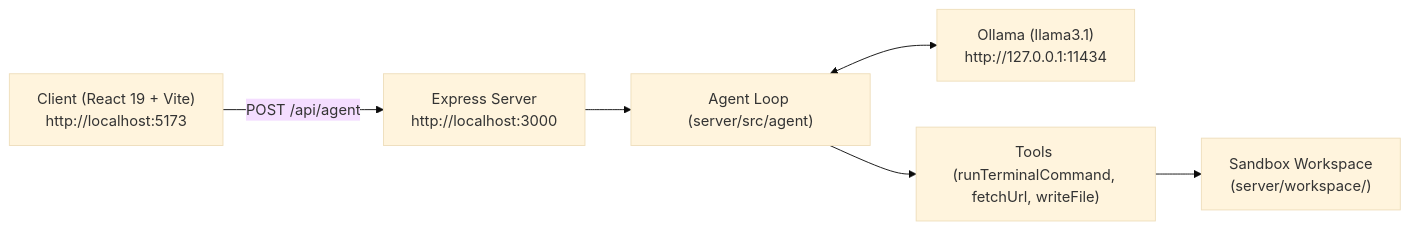
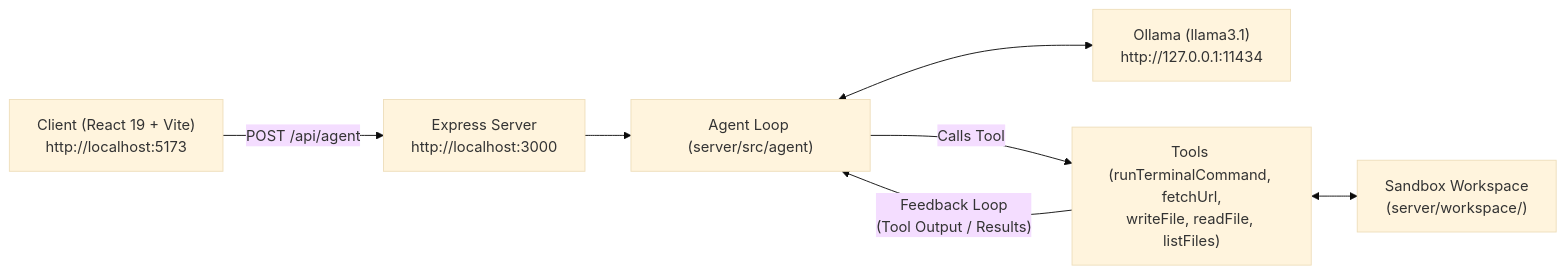
One commit to mahirXsharma/headless-ai-runtime changed the diagram in README.md. Above: the diagram before and after it, drawn with Mermaid (base theme). The commit also changed other lines of this file, not shown here.

````diff
--- a/README.md
+++ b/README.md
@@ -17,8 +19,9 @@
 ```mermaid
 flowchart LR
     Browser["Client (React 19 + Vite)<br/>http://localhost:5173"] -- "POST /api/agent" --> Express["Express Server<br/>http://localhost:3000"]
     Express --> AgentLoop["Agent Loop (server/src/agent)"]
     AgentLoop <--> Ollama["Ollama (llama3.1)<br/>http://127.0.0.1:11434"]
-    AgentLoop --> Tools["Tools (runTerminalCommand, fetchUrl, writeFile)"]
-    Tools --> Workspace["Sandbox Workspace<br/>(server/workspace/)"]
+    AgentLoop -- "Calls Tool" --> Tools["Tools (runTerminalCommand, fetchUrl,<br/>writeFile, readFile, listFiles)"]
+    Tools <--> Workspace["Sandbox Workspace<br/>(server/workspace/)"]
+    Tools -- "Feedback Loop<br/>(Tool Output / Results)" --> AgentLoop
 ```
````
